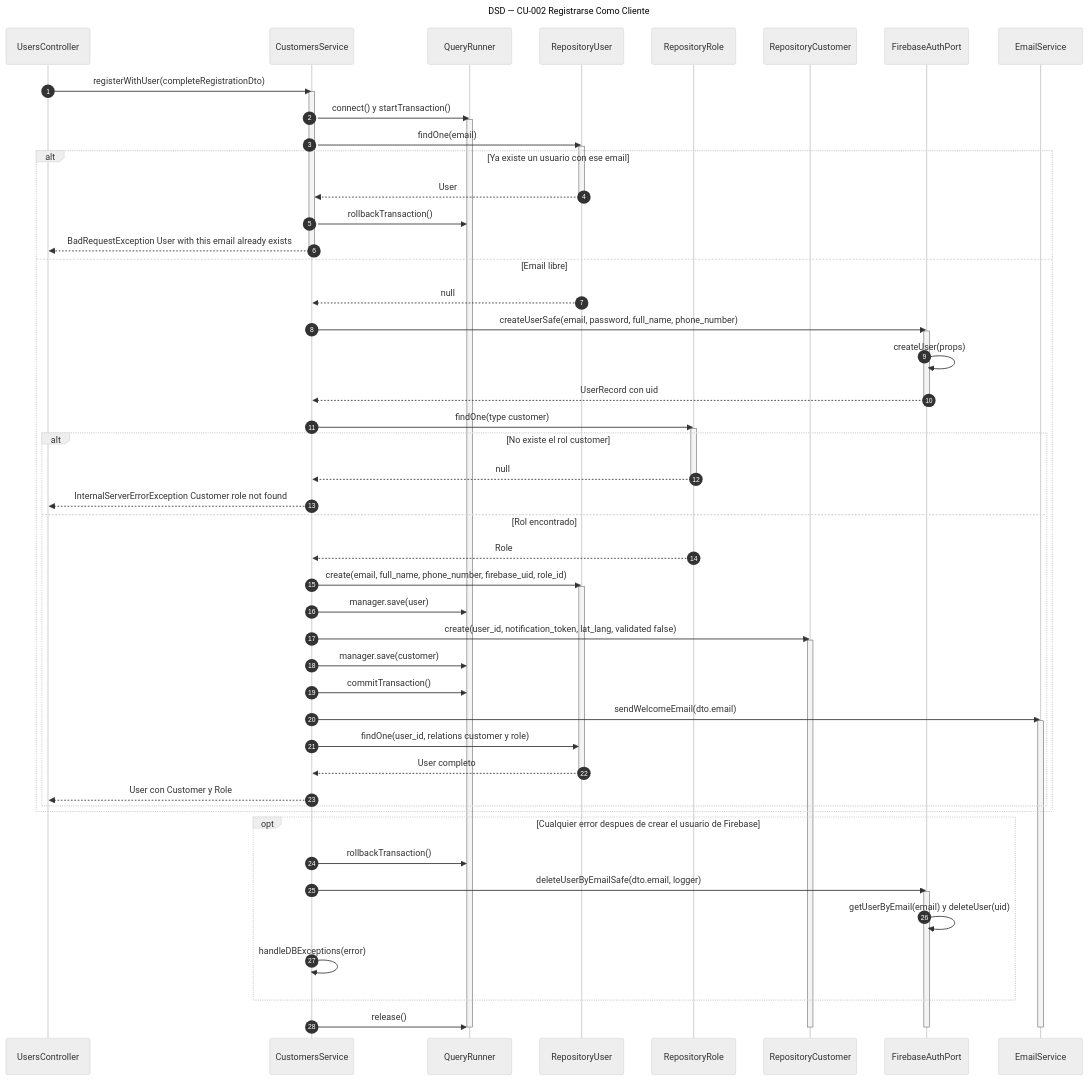
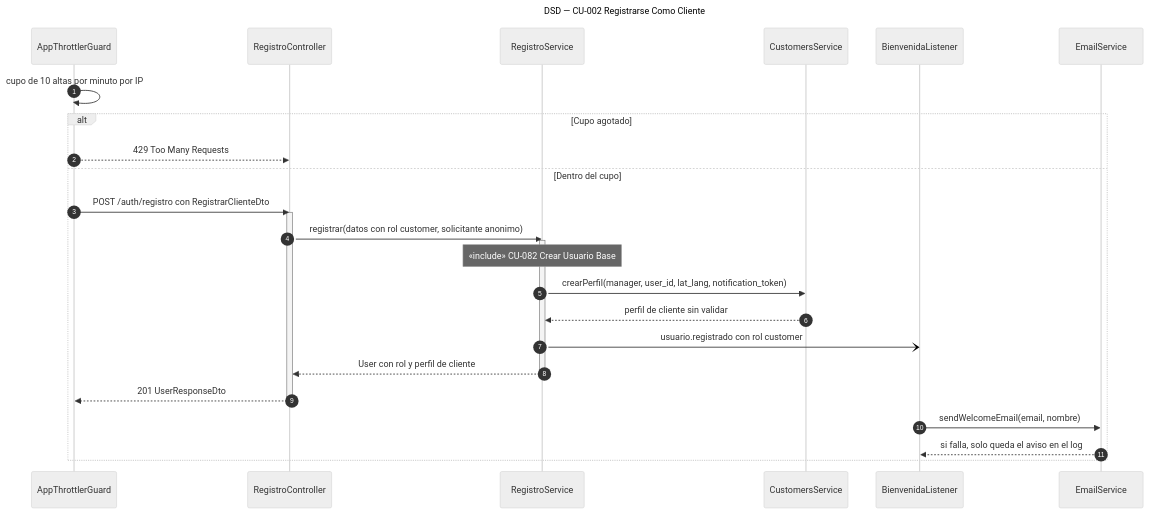
One commit to Nahuelito-Dev/splg-docs changed the diagram in diagramas/DSD_CU-002_Registrarse-Como-Cliente.mmd. Above: the diagram before and after it, drawn with Mermaid (neutral theme). The commit also changed 47 other files, not shown here.

First line of the commit message:
docs: alta unificada de usuarios (CU-082 incluido por las cinco altas) y H-71 a H-75

```diff
--- a/diagramas/DSD_CU-002_Registrarse-Como-Cliente.mmd
+++ b/diagramas/DSD_CU-002_Registrarse-Como-Cliente.mmd
@@ -1,67 +1,29 @@
 sequenceDiagram
     title DSD — CU-002 Registrarse Como Cliente
     autonumber
-    participant CTRL as UsersController
+    participant THR as AppThrottlerGuard
+    participant CTRL as RegistroController
+    participant SRV as RegistroService
     participant CSRV as CustomersService
-    participant QR as QueryRunner
-    participant UREP as RepositoryUser
-    participant RREP as RepositoryRole
-    participant CREP as RepositoryCustomer
-    participant FB as FirebaseAuthPort
+    participant LIS as BienvenidaListener
     participant MAIL as EmailService
 
-    CTRL->>CSRV: registerWithUser(completeRegistrationDto)
-    activate CSRV
-    CSRV->>QR: connect() y startTransaction()
-    activate QR
-    CSRV->>UREP: findOne(email)
-    activate UREP
-    alt Ya existe un usuario con ese email
-        UREP-->>CSRV: User
-        deactivate UREP
-        CSRV->>QR: rollbackTransaction()
-        CSRV-->>CTRL: BadRequestException User with this email already exists
-        deactivate CSRV
-    else Email libre
-        UREP-->>CSRV: null
-        CSRV->>FB: createUserSafe(email, password, full_name, phone_number)
-        activate FB
-        FB->>FB: createUser(props)
-        FB-->>CSRV: UserRecord con uid
-        deactivate FB
-        CSRV->>RREP: findOne(type customer)
-        activate RREP
-        alt No existe el rol customer
-            RREP-->>CSRV: null
-            deactivate RREP
-            CSRV-->>CTRL: InternalServerErrorException Customer role not found
-        else Rol encontrado
-            RREP-->>CSRV: Role
-            CSRV->>UREP: create(email, full_name, phone_number, firebase_uid, role_id)
-            activate UREP
-            CSRV->>QR: manager.save(user)
-            CSRV->>CREP: create(user_id, notification_token, lat_lang, validated false)
-            activate CREP
-            CSRV->>QR: manager.save(customer)
-            CSRV->>QR: commitTransaction()
-            CSRV->>MAIL: sendWelcomeEmail(dto.email)
-            activate MAIL
-            CSRV->>UREP: findOne(user_id, relations customer y role)
-            UREP-->>CSRV: User completo
-            deactivate UREP
-            CSRV-->>CTRL: User con Customer y Role
-        end
+    THR->>THR: cupo de 10 altas por minuto por IP
+    alt Cupo agotado
+        THR-->>CTRL: 429 Too Many Requests
+    else Dentro del cupo
+        THR->>CTRL: POST /auth/registro con RegistrarClienteDto
+        activate CTRL
+        CTRL->>SRV: registrar(datos con rol customer, solicitante anonimo)
+        activate SRV
+        Note over SRV: «include» CU-082 Crear Usuario Base
+        SRV->>CSRV: crearPerfil(manager, user_id, lat_lang, notification_token)
+        CSRV-->>SRV: perfil de cliente sin validar
+        SRV-)LIS: usuario.registrado con rol customer
+        SRV-->>CTRL: User con rol y perfil de cliente
+        deactivate SRV
+        CTRL-->>THR: 201 UserResponseDto
+        deactivate CTRL
+        LIS->>MAIL: sendWelcomeEmail(email, nombre)
+        MAIL-->>LIS: si falla, solo queda el aviso en el log
     end
-
-    opt Cualquier error despues de crear el usuario de Firebase
-        CSRV->>QR: rollbackTransaction()
-        CSRV->>FB: deleteUserByEmailSafe(dto.email, logger)
-        activate FB
-        FB->>FB: getUserByEmail(email) y deleteUser(uid)
-        CSRV->>CSRV: handleDBExceptions(error)
-    end
-    CSRV->>QR: release()
-    deactivate MAIL
-    deactivate CREP
-    deactivate FB
-    deactivate QR
```
